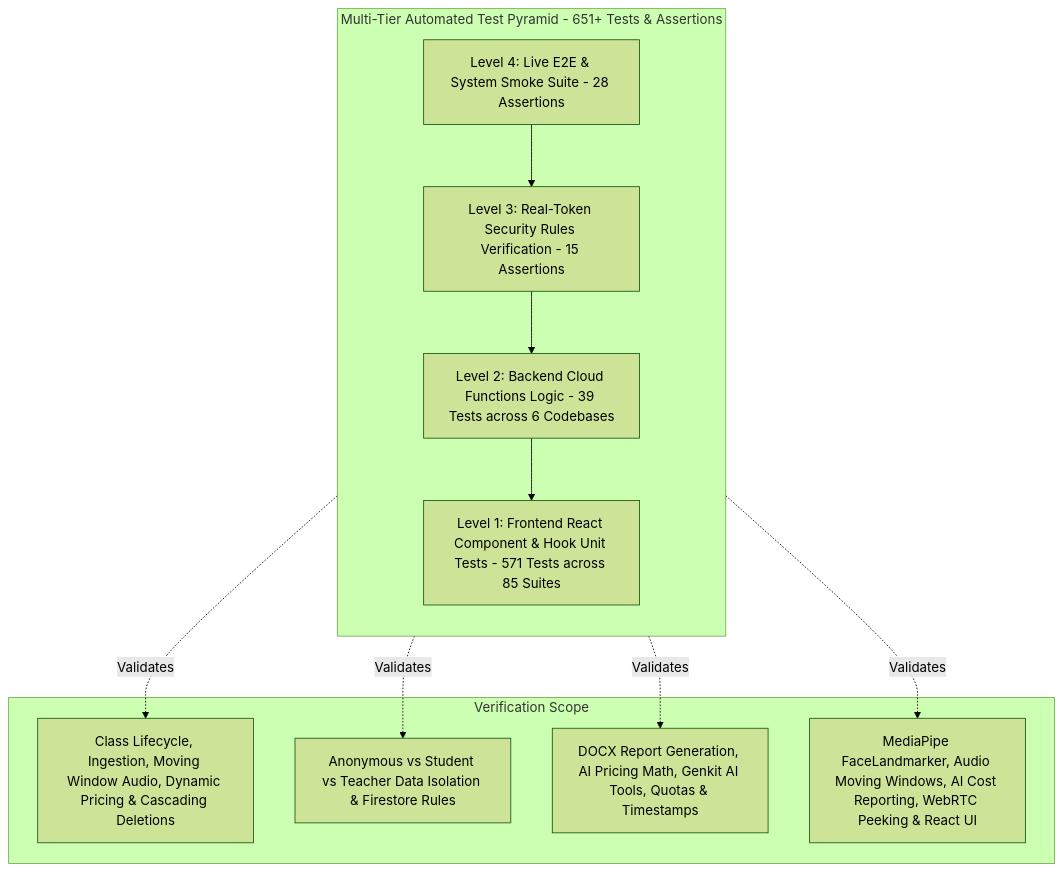
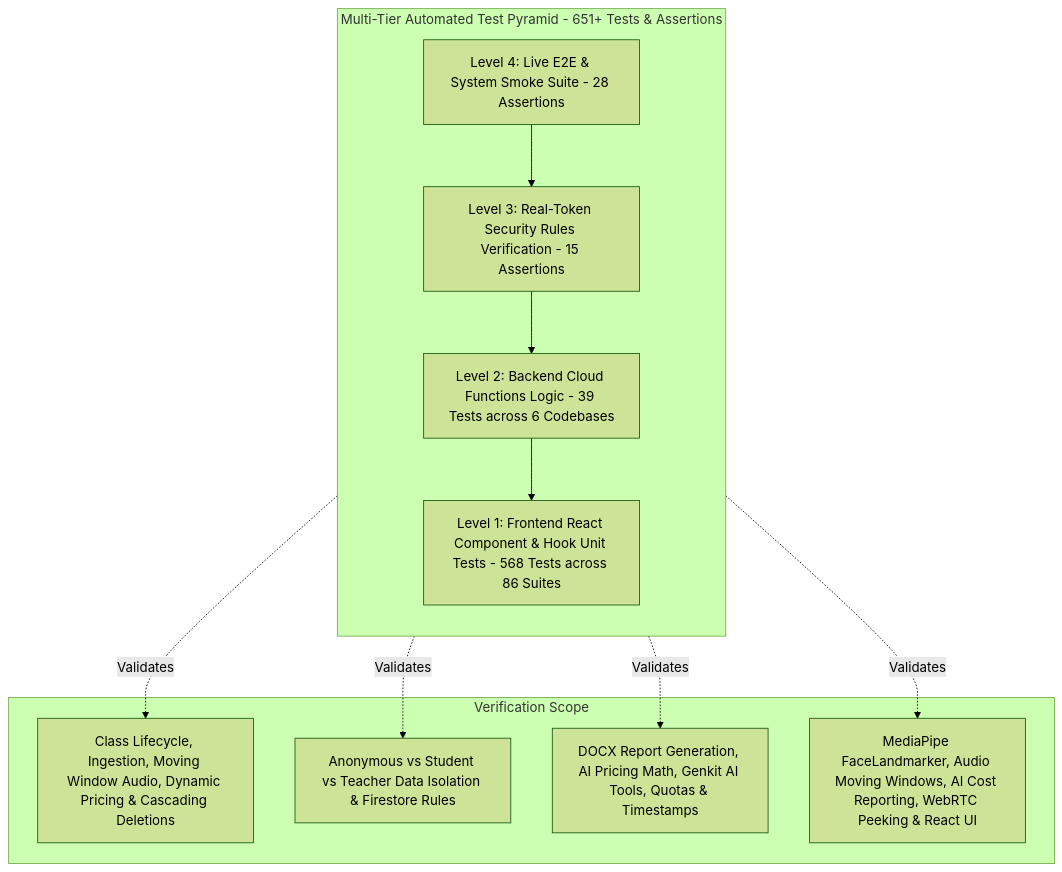
One commit to wongcyrus/Gemini-AI-Classroom-Assistant changed the diagram in docs/testing-strategy-and-coverage.md. Above: the diagram before and after it, drawn with Mermaid (forest theme). The commit also changed other lines of this file and 3 other files, not shown here.

Commit message:
docs: update documentation for teacher screen broadcast architecture and monitor view concurrency optimizations

````diff
--- a/docs/testing-strategy-and-coverage.md
+++ b/docs/testing-strategy-and-coverage.md
@@ -11,19 +11,19 @@
 ```mermaid
 flowchart TD
     subgraph Pyramid [Multi-Tier Automated Test Pyramid - 651+ Tests & Assertions]
         direction TB
         L4[Level 4: Live E2E & System Smoke Suite - 28 Assertions]
         L3[Level 3: Real-Token Security Rules Verification - 15 Assertions]
         L2[Level 2: Backend Cloud Functions Logic - 39 Tests across 6 Codebases]
-        L1[Level 1: Frontend React Component & Hook Unit Tests - 571 Tests across 85 Suites]
+        L1[Level 1: Frontend React Component & Hook Unit Tests - 568 Tests across 86 Suites]
         
         L4 --> L3 --> L2 --> L1
     end
 
     subgraph Details [Verification Scope]
         L4 -.->|Validates| D4[Class Lifecycle, Ingestion, Moving Window Audio, Dynamic Pricing & Cascading Deletions]
         L3 -.->|Validates| D3[Anonymous vs Student vs Teacher Data Isolation & Firestore Rules]
         L2 -.->|Validates| D2[DOCX Report Generation, AI Pricing Math, Genkit AI Tools, Quotas & Timestamps]
         L1 -.->|Validates| D1[MediaPipe FaceLandmarker, Audio Moving Windows, AI Cost Reporting, WebRTC Peeking & React UI]
     end
 ```
````
